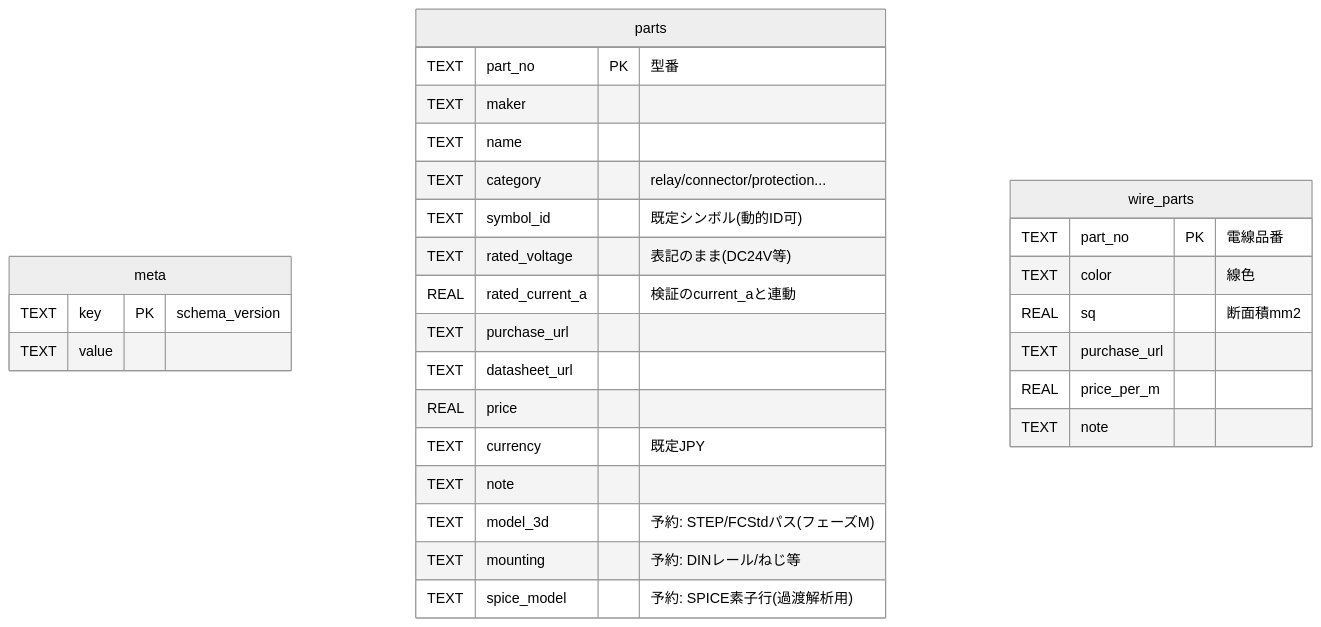
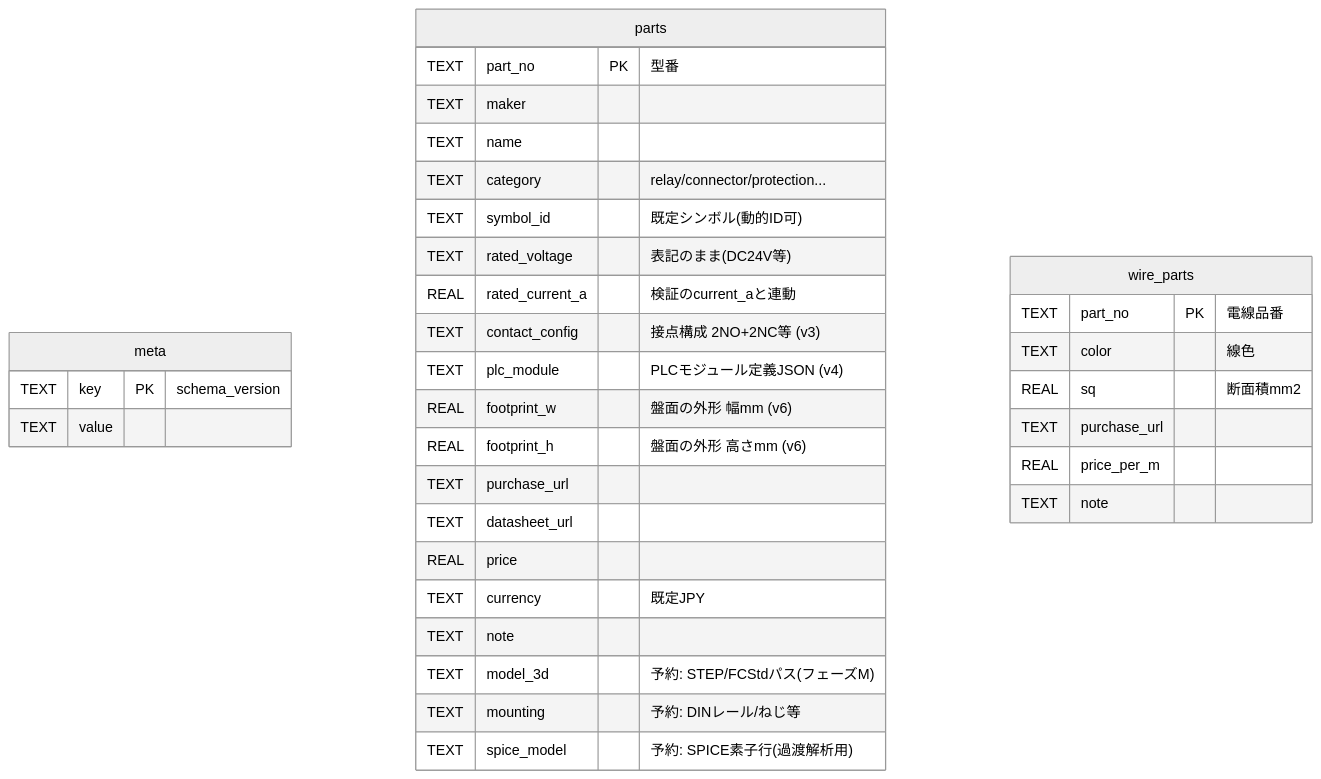
Before and after one commit to kousuke-takeuchi/MadakeCAD: the second of 2 diagrams in docs/internal/data-model.md, drawn with Mermaid (neutral theme). The commit also changed other lines of this file and 1 other file, not shown here.

````diff
--- a/docs/internal/data-model.md
+++ b/docs/internal/data-model.md
@@ -83,32 +135,36 @@
 ```mermaid
 erDiagram
     meta {
         TEXT key PK "schema_version"
         TEXT value
     }
     parts {
         TEXT part_no PK "型番"
         TEXT maker
         TEXT name
         TEXT category "relay/connector/protection..."
         TEXT symbol_id "既定シンボル(動的ID可)"
         TEXT rated_voltage "表記のまま(DC24V等)"
         REAL rated_current_a "検証のcurrent_aと連動"
+        TEXT contact_config "接点構成 2NO+2NC等 (v3)"
+        TEXT plc_module "PLCモジュール定義JSON (v4)"
+        REAL footprint_w "盤面の外形 幅mm (v6)"
+        REAL footprint_h "盤面の外形 高さmm (v6)"
         TEXT purchase_url
         TEXT datasheet_url
         REAL price
         TEXT currency "既定JPY"
         TEXT note
         TEXT model_3d "予約: STEP/FCStdパス(フェーズM)"
         TEXT mounting "予約: DINレール/ねじ等"
         TEXT spice_model "予約: SPICE素子行(過渡解析用)"
     }
     wire_parts {
         TEXT part_no PK "電線品番"
         TEXT color "線色"
         REAL sq "断面積mm2"
         TEXT purchase_url
         REAL price_per_m
         TEXT note
     }
 ```
````
